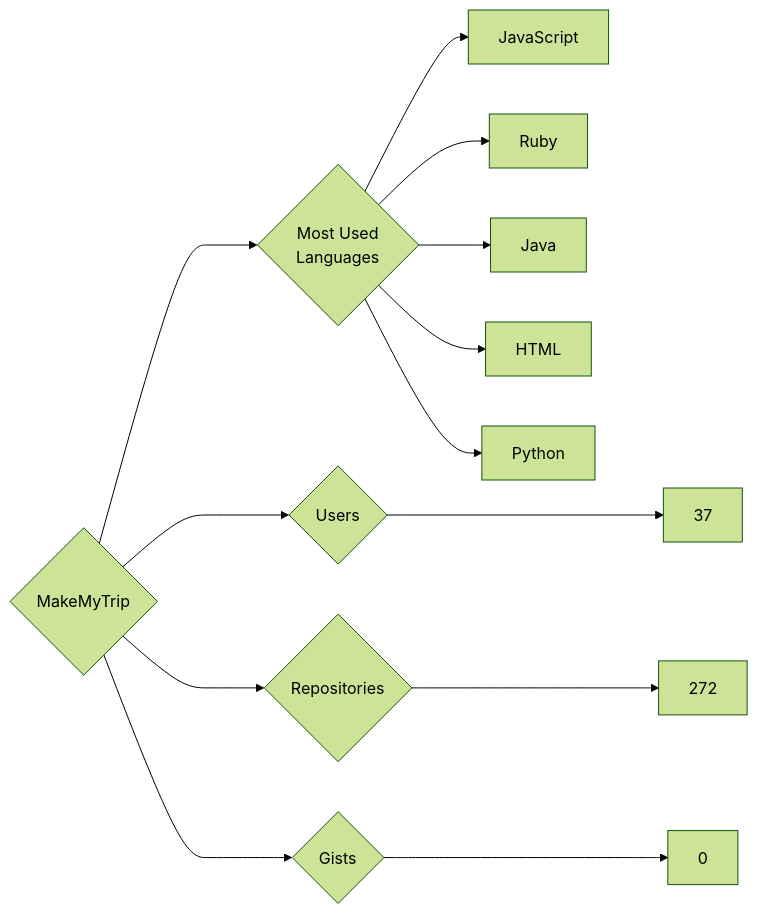
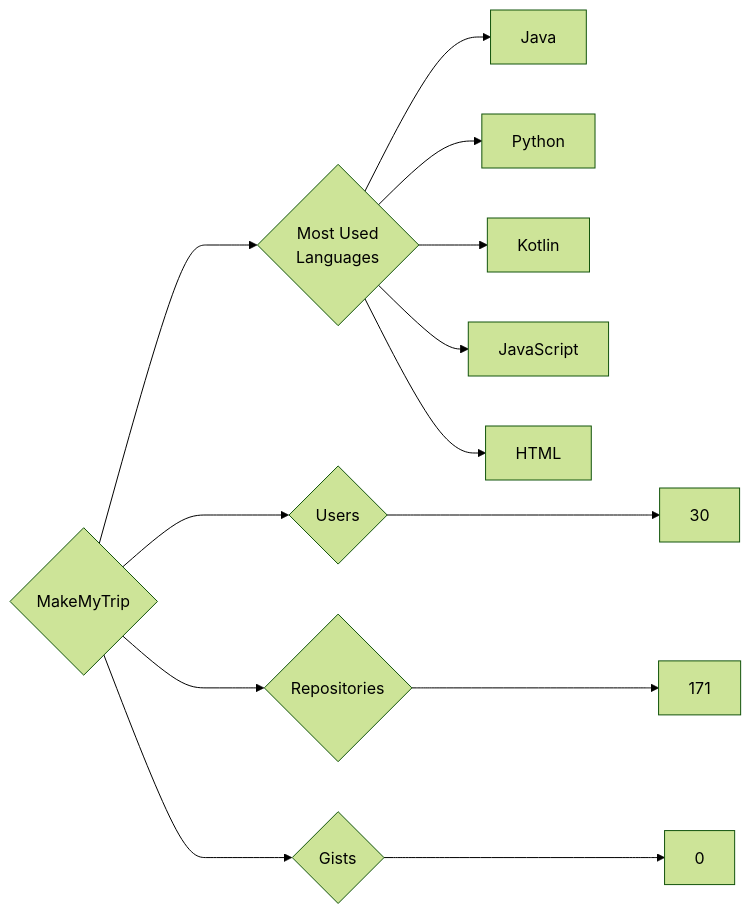
Before and after one commit to trickest/insiders: the diagram in targets/MakeMyTrip/README.md, drawn with Mermaid (forest theme). The commit also changed 984 other files, not shown here.

````diff
--- a/targets/MakeMyTrip/README.md
+++ b/targets/MakeMyTrip/README.md
@@ -3,13 +3,13 @@
 ```mermaid
 graph LR
 COMPANY_NAME{MakeMyTrip}
-COMPANY_NAME ---> U{Users} ---> UN[37]
-COMPANY_NAME ---> R{Repositories} ---> RN[272]
+COMPANY_NAME ---> U{Users} ---> UN[30]
+COMPANY_NAME ---> R{Repositories} ---> RN[171]
 COMPANY_NAME ---> G{Gists} ---> GN[0]
 COMPANY_NAME ---> ML{Most Used<br>Languages}
+ML --> Java[Java]
+ML --> Python[Python]
+ML --> Kotlin[Kotlin]
 ML --> JavaScript[JavaScript]
-ML --> Ruby[Ruby]
-ML --> Java[Java]
 ML --> HTML[HTML]
-ML --> Python[Python]
 ```
````
